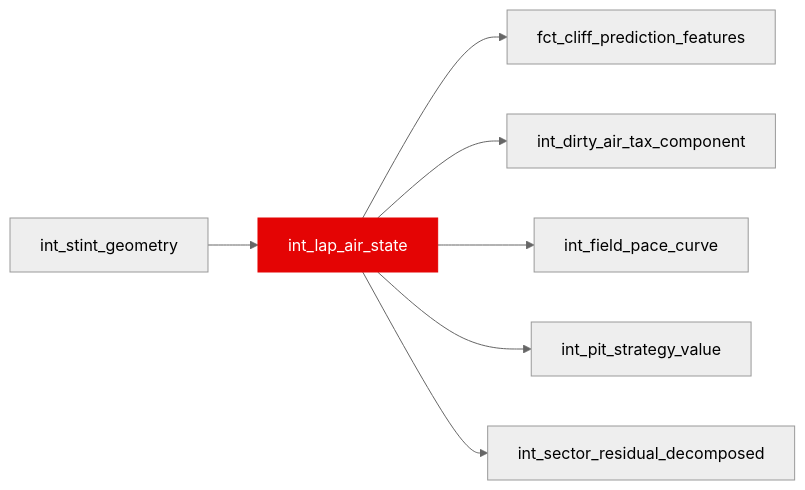
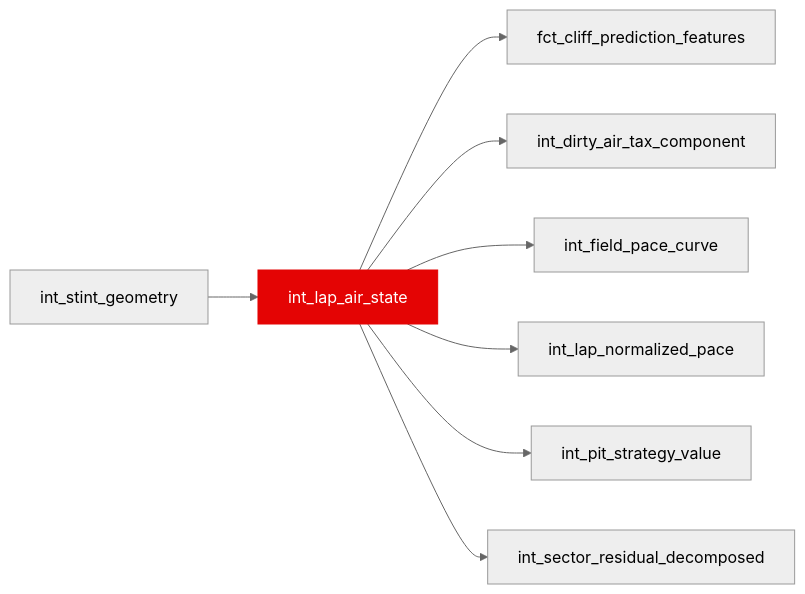
Before and after one commit to JustinClarke/off-the-pace: the diagram in docs/reference/models/int/int_lap_air_state.mdx, drawn with Mermaid (neutral theme). The commit also changed other lines of this file and 31 other files, not shown here.

Commit message:
new SQL model, ,  calculates the normalized lap pace by removing the effects of dirty air

````diff
--- a/docs/reference/models/int/int_lap_air_state.mdx
+++ b/docs/reference/models/int/int_lap_air_state.mdx
@@ -15,10 +15,11 @@
 ```mermaid
 flowchart LR
   int_stint_geometry --> int_lap_air_state
   int_lap_air_state --> fct_cliff_prediction_features
   int_lap_air_state --> int_dirty_air_tax_component
   int_lap_air_state --> int_field_pace_curve
+  int_lap_air_state --> int_lap_normalized_pace
   int_lap_air_state --> int_pit_strategy_value
   int_lap_air_state --> int_sector_residual_decomposed
   style int_lap_air_state fill:#e40404,stroke:#e40404,color:#fff
 ```
````
